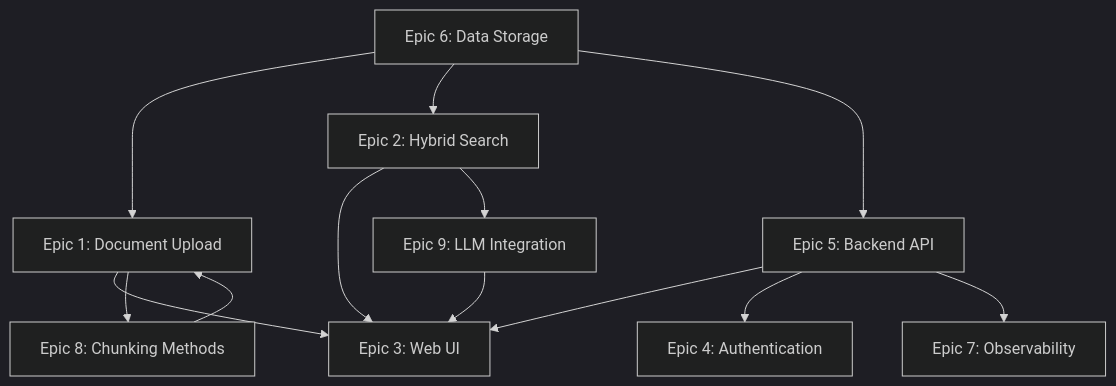
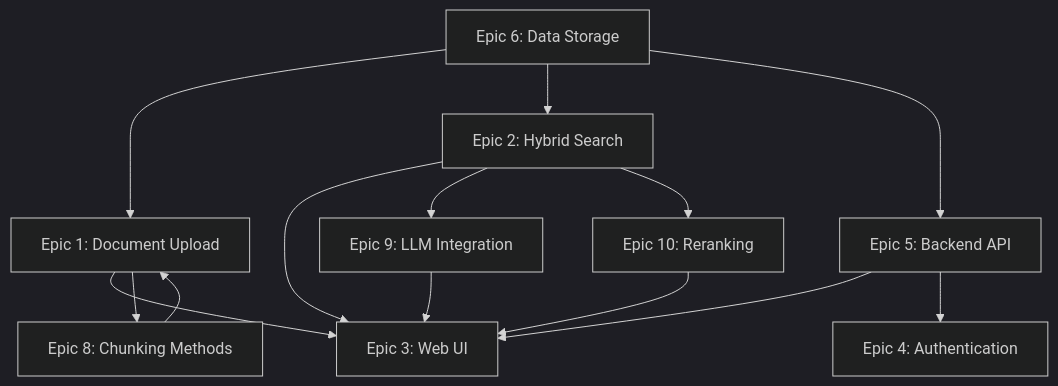
Before and after one commit to manaalmashpher/rag-backend-for-chatbot: the diagram in docs/epics/index.md, drawn with Mermaid (dark theme). The commit also changed other lines of this file and 21 other files, not shown here.

````diff
--- a/docs/epics/index.md
+++ b/docs/epics/index.md
@@ -63,15 +71,16 @@
 ```mermaid
 graph TD
     A[Epic 6: Data Storage] --> B[Epic 1: Document Upload]
     A --> C[Epic 2: Hybrid Search]
     A --> D[Epic 5: Backend API]
     B --> E[Epic 3: Web UI]
     C --> E
     D --> E
     B --> F[Epic 8: Chunking Methods]
     F --> B
     C --> I[Epic 9: LLM Integration]
     I --> E
+    C --> J[Epic 10: Reranking]
+    J --> E
     D --> G[Epic 4: Authentication]
-    D --> H[Epic 7: Observability]
 ```
````
